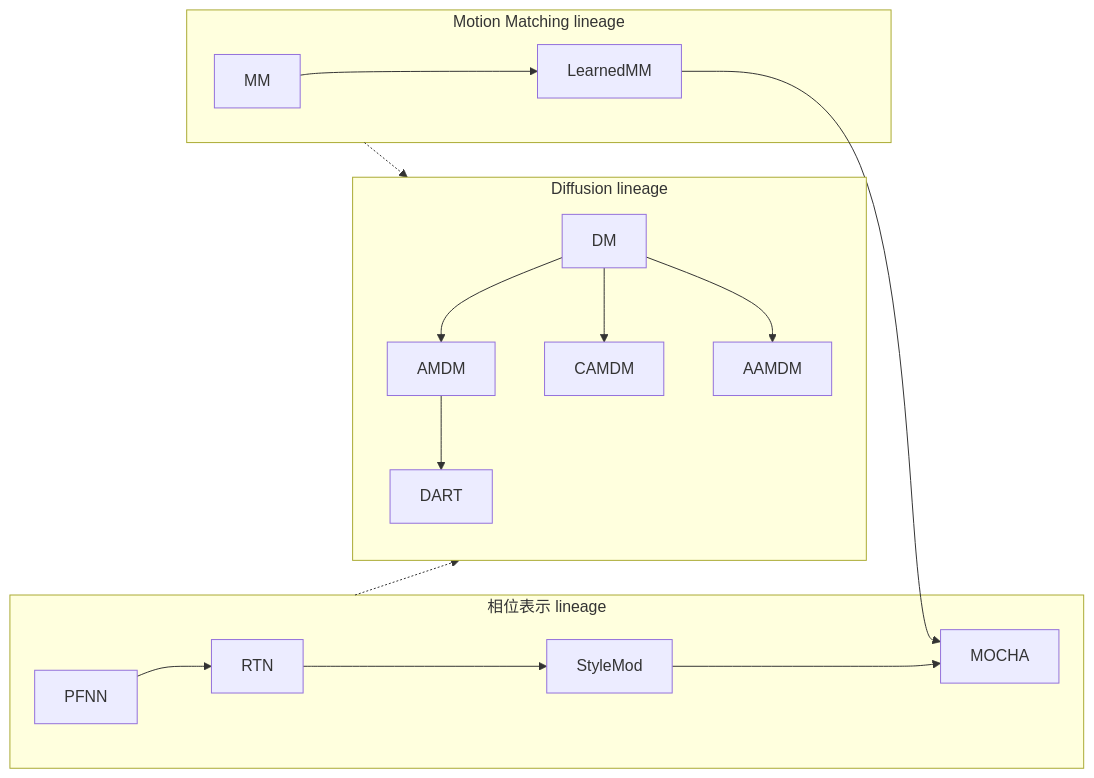
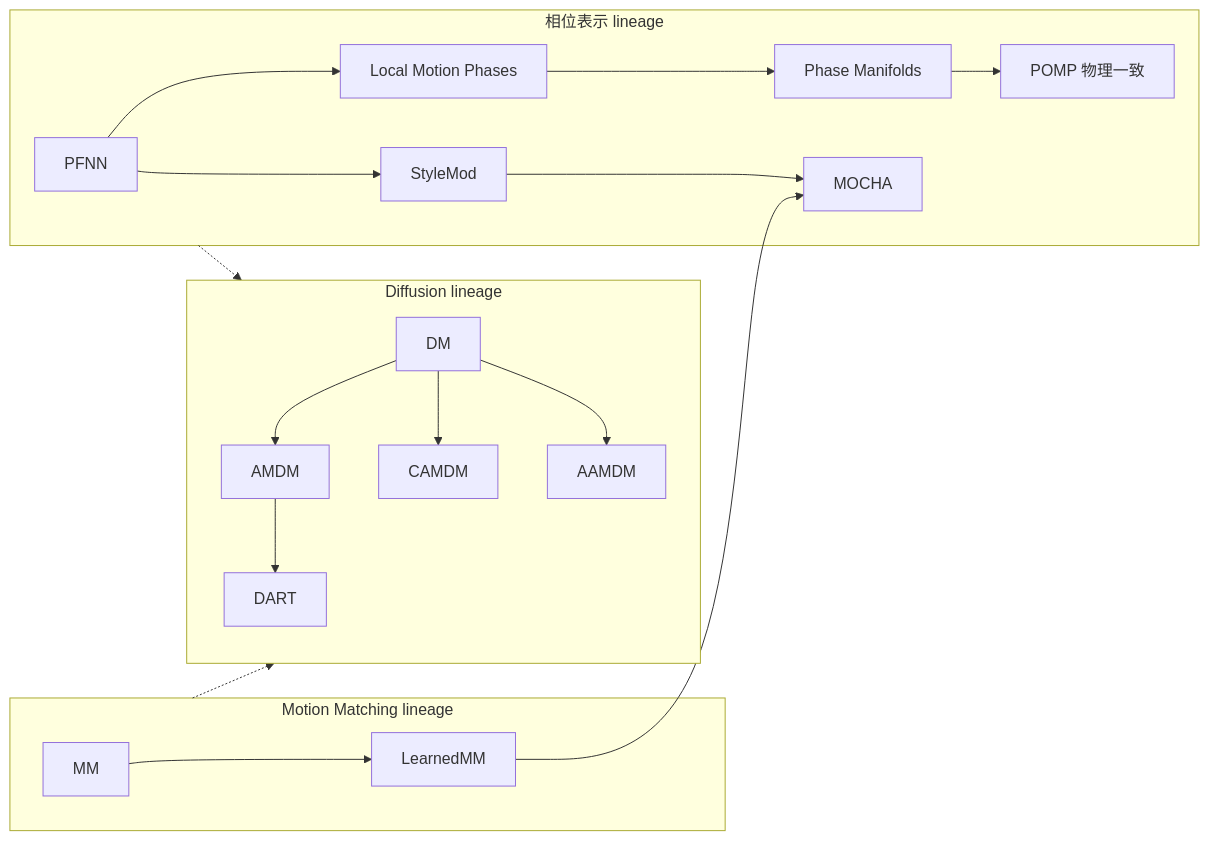
One commit to CaterpillarStudyGroup/GAMES105_mdbook changed the second of 23 diagrams in src/Locomotion_Survey.md. Above: the diagram before and after it, drawn with Mermaid. The commit also changed other lines of this file, not shown here.

First line of the commit message:
Add PFNN-based methods: Local Motion Phases and POMP

````diff
--- a/src/Locomotion_Survey.md
+++ b/src/Locomotion_Survey.md
@@ -56,23 +56,25 @@
 ```mermaid
 flowchart LR
     subgraph Phase["相位表示 lineage"]
-        PFNN --> RTN
-        RTN --> StyleMod
+        PFNN --> LocalPhases["Local Motion Phases"]
+        PFNN --> StyleMod
+        LocalPhases --> PhaseManifolds["Phase Manifolds"]
+        PhaseManifolds --> POMP["POMP 物理一致"]
         StyleMod --> MOCHA
     end
 
     subgraph Matching["Motion Matching lineage"]
         MM --> LearnedMM
         LearnedMM --> MOCHA
     end
 
     subgraph Diffusion["Diffusion lineage"]
         DM --> AMDM
         DM --> CAMDM
         DM --> AAMDM
         AMDM --> DART
     end
 
     Phase -.-> Diffusion
     Matching -.-> Diffusion
 ```
````
